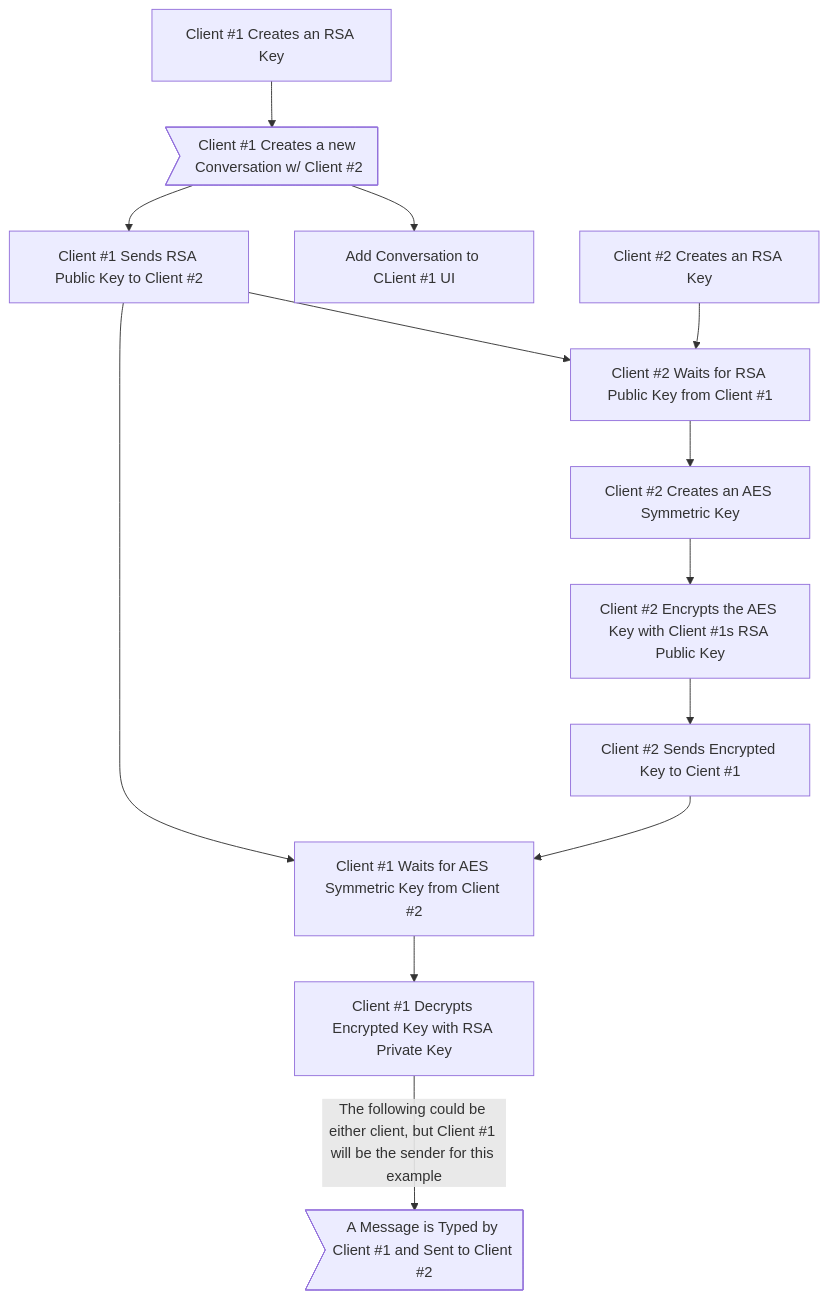
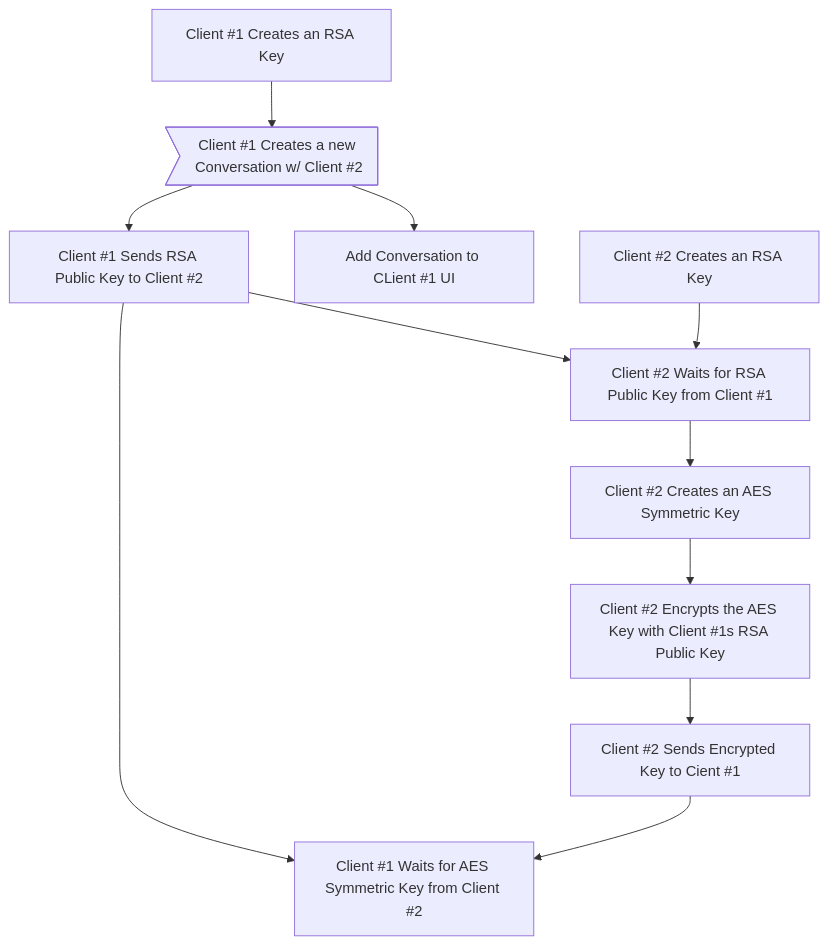
The diagram in README.md (xXCrash2BomberXx/TinyChat), drawn with Mermaid before and after one commit. The commit also changed other lines of this file, not shown here.

````diff
--- a/README.md
+++ b/README.md
@@ -72,16 +72,13 @@
 ```mermaid
 graph TB;
   A[Client #1 Creates an RSA Key] --> B>Client #1 Creates a new Conversation w/ Client #2];
   B --> D[Add Conversation to CLient #1 UI];
   B --> E[Client #1 Sends RSA Public Key to Client #2];
   E --> G[Client #2 Waits for RSA Public Key from Client #1];
   F[Client #2 Creates an RSA Key] --> G;
   G --> H[Client #2 Creates an AES Symmetric Key];
   H -->I[Client #2 Encrypts the AES Key with Client #1s RSA Public Key];
   I -->J[Client #2 Sends Encrypted Key to Cient #1];
   J --> K[Client #1 Waits for AES Symmetric Key from Client #2];
   E --> K;
-  K --> L[Client #1 Decrypts Encrypted Key with RSA Private Key];
-  L --> |The following could be either client, but Client #1 will be the sender for this example| M>A Message is Typed by Client #1 and Sent to Client #2];
-  
 ```
````
